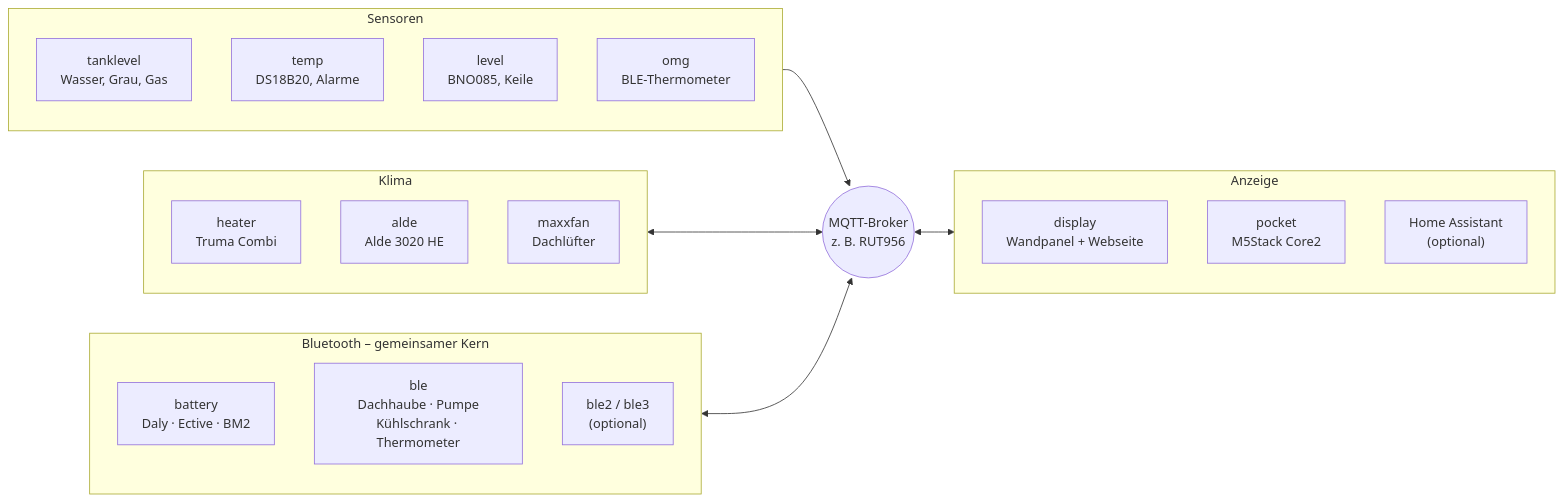
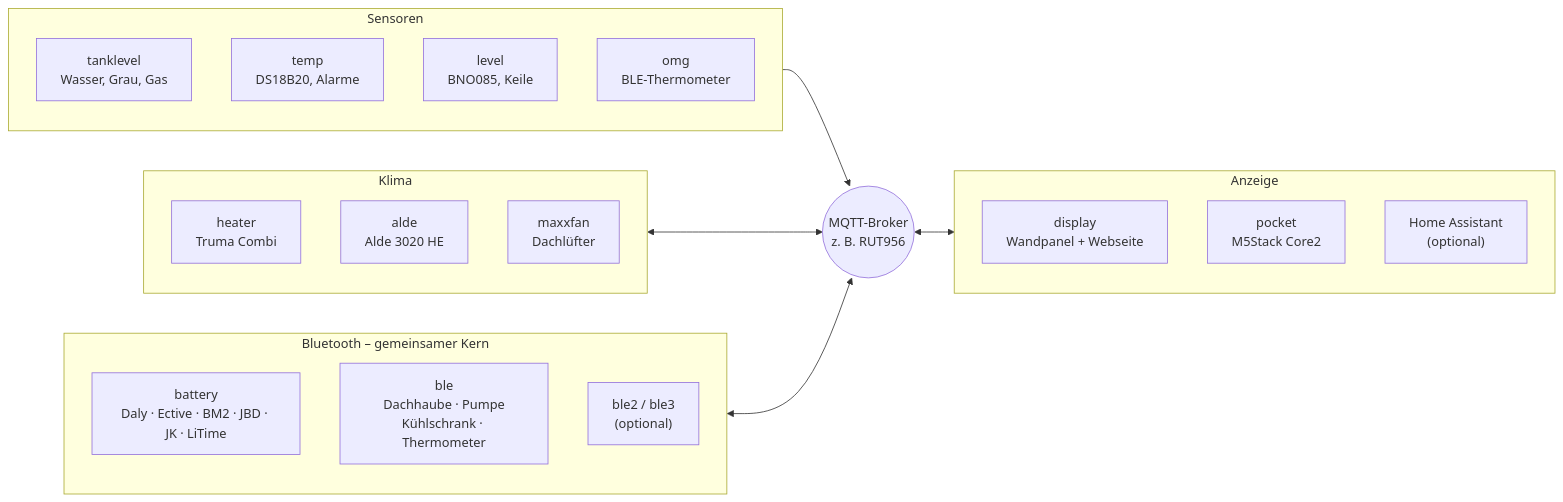
One commit to hflocki/vannode changed the diagram in README.md. Above: the diagram before and after it, drawn with Mermaid. The commit also changed other lines of this file and 32 other files, not shown here.

Commit message:
battery: add JBD, JK-BMS and LiTime/Redodo; alde: panel bus checksum fallback, longer answer window; ble: shared core type table

````diff
--- a/README.md
+++ b/README.md
@@ -27,33 +27,33 @@
 ```mermaid
 flowchart LR
   subgraph sens["Sensoren"]
     direction TB
     tank["tanklevel<br/>Wasser, Grau, Gas"]
     temp["temp<br/>DS18B20, Alarme"]
     level["level<br/>BNO085, Keile"]
     omg["omg<br/>BLE-Thermometer"]
   end
   subgraph clim["Klima"]
     direction TB
     heater["heater<br/>Truma Combi"]
     alde["alde<br/>Alde 3020 HE"]
     fan["maxxfan<br/>Dachlüfter"]
   end
   subgraph ble["Bluetooth – gemeinsamer Kern"]
     direction TB
-    bat["battery<br/>Daly · Ective · BM2"]
+    bat["battery<br/>Daly · Ective · BM2 · JBD · JK · LiTime"]
     tool["ble<br/>Dachhaube · Pumpe<br/>Kühlschrank · Thermometer"]
     more["ble2 / ble3<br/>(optional)"]
   end
   broker(("MQTT-Broker<br/>z. B. RUT956"))
   subgraph ui["Anzeige"]
     direction TB
     display["display<br/>Wandpanel + Webseite"]
     rb["pocket<br/>M5Stack Core2"]
     ha["Home Assistant<br/>(optional)"]
   end
   sens --> broker
   clim <--> broker
   ble <--> broker
   broker <--> ui
 ```
````
